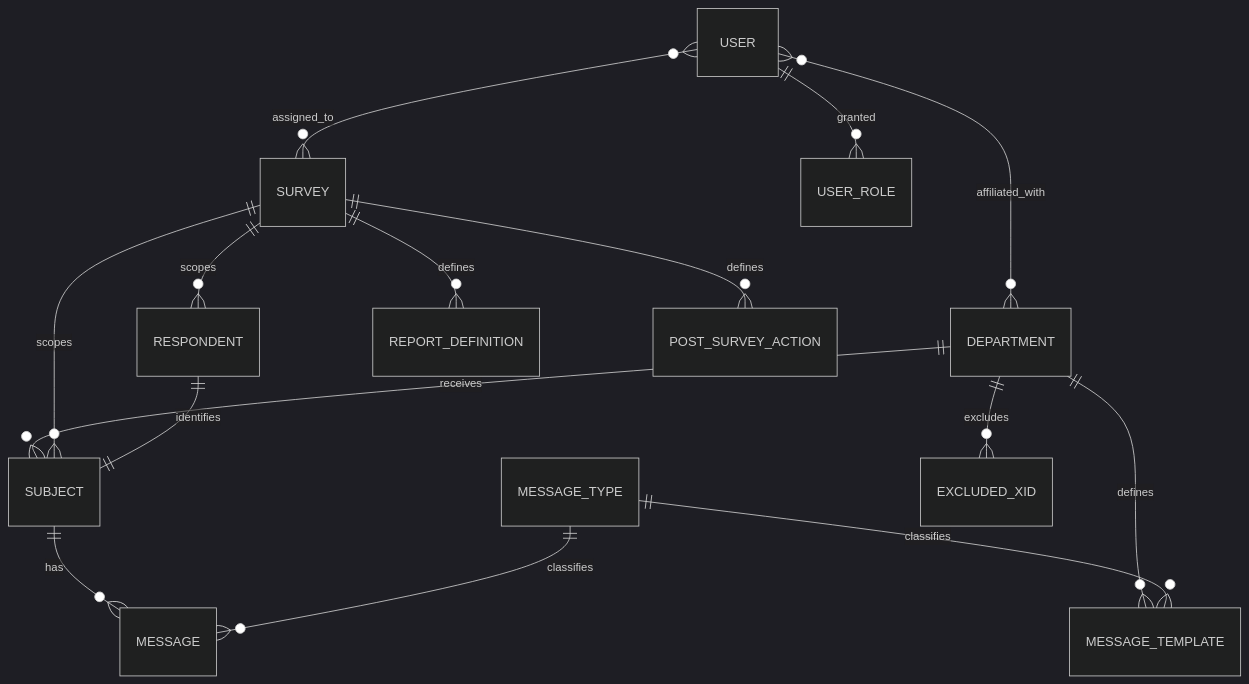
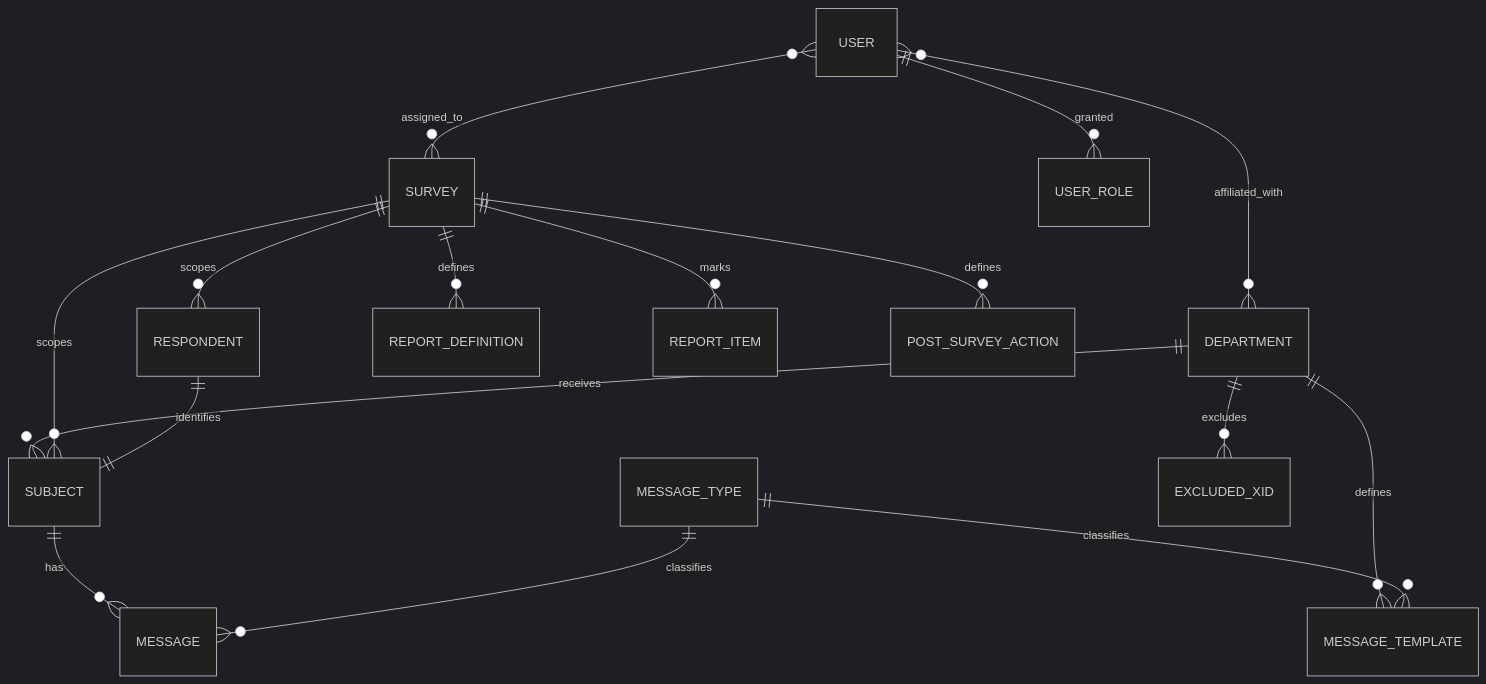
Before and after one commit to ElicitSoftware/Admin: the diagram in docs/entity_model.md, drawn with Mermaid (dark theme). The commit also changed other lines of this file and 4 other files, not shown here.

````diff
--- a/docs/entity_model.md
+++ b/docs/entity_model.md
@@ -22,22 +22,23 @@
 ```mermaid
 erDiagram
     DEPARTMENT ||--o{ SUBJECT : receives
     SURVEY ||--o{ SUBJECT : scopes
     RESPONDENT ||--|| SUBJECT : identifies
     SURVEY ||--o{ RESPONDENT : scopes
 
     SUBJECT ||--o{ MESSAGE : has
     MESSAGE_TYPE ||--o{ MESSAGE : classifies
 
     DEPARTMENT ||--o{ MESSAGE_TEMPLATE : defines
     MESSAGE_TYPE ||--o{ MESSAGE_TEMPLATE : classifies
 
     SURVEY ||--o{ REPORT_DEFINITION : defines
+    SURVEY ||--o{ REPORT_ITEM : marks
     SURVEY ||--o{ POST_SURVEY_ACTION : defines
 
     DEPARTMENT ||--o{ EXCLUDED_XID : excludes
 
     USER ||--o{ USER_ROLE : granted
     USER }o--o{ DEPARTMENT : affiliated_with
     USER }o--o{ SURVEY : assigned_to
 ```
````
